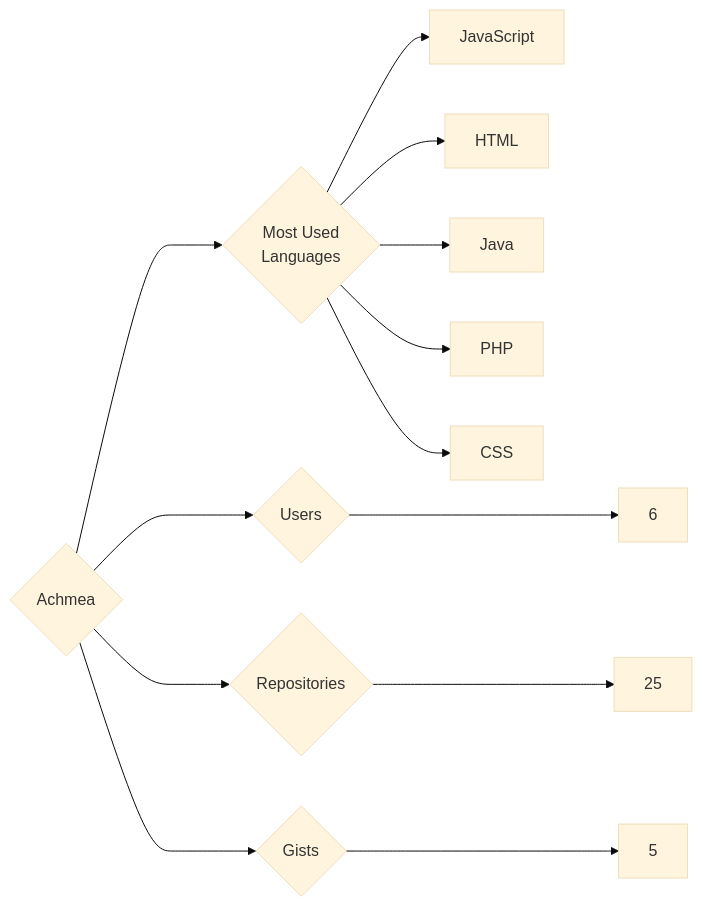
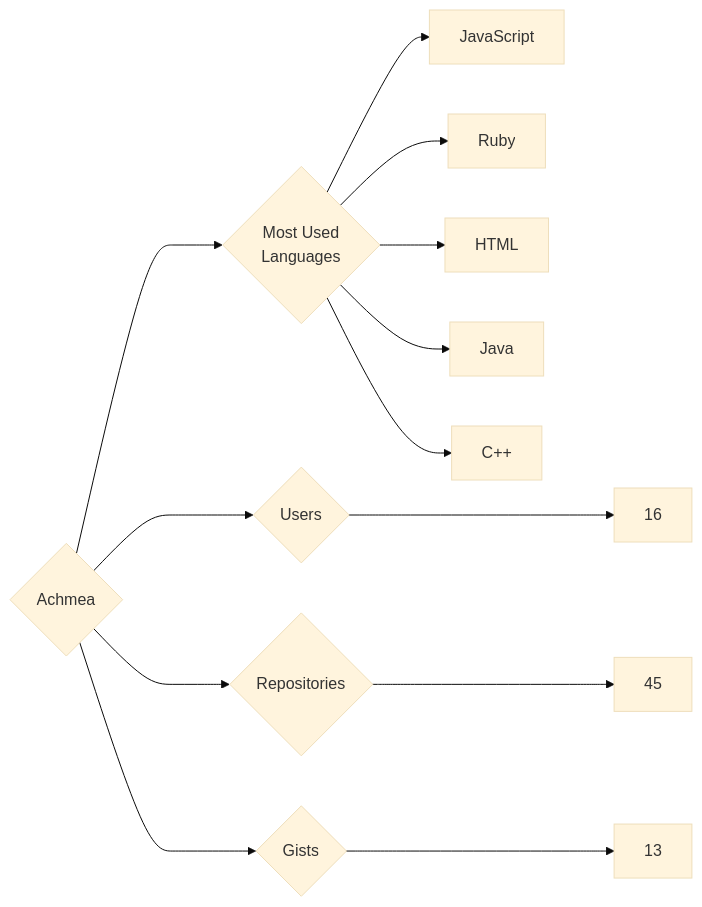
The diagram in targets/Achmea/README.md (trickest/insiders), drawn with Mermaid (base theme) before and after one commit. The commit also changed 777 other files, not shown here.

````diff
--- a/targets/Achmea/README.md
+++ b/targets/Achmea/README.md
@@ -3,13 +3,13 @@
 ```mermaid
 graph LR
 COMPANY_NAME{Achmea}
-COMPANY_NAME ---> U{Users} ---> UN[6]
-COMPANY_NAME ---> R{Repositories} ---> RN[25]
-COMPANY_NAME ---> G{Gists} ---> GN[5]
+COMPANY_NAME ---> U{Users} ---> UN[16]
+COMPANY_NAME ---> R{Repositories} ---> RN[45]
+COMPANY_NAME ---> G{Gists} ---> GN[13]
 COMPANY_NAME ---> ML{Most Used<br>Languages}
 ML --> JavaScript[JavaScript]
+ML --> Ruby[Ruby]
 ML --> HTML[HTML]
 ML --> Java[Java]
-ML --> PHP[PHP]
-ML --> CSS[CSS]
+ML --> C++[C++]
 ```
````
